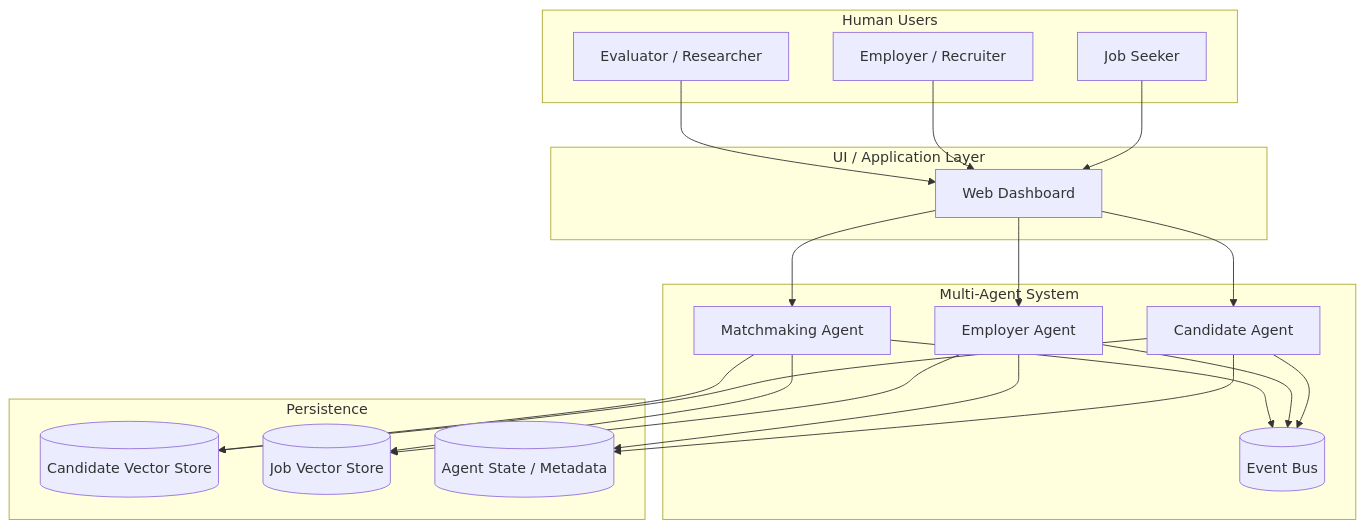
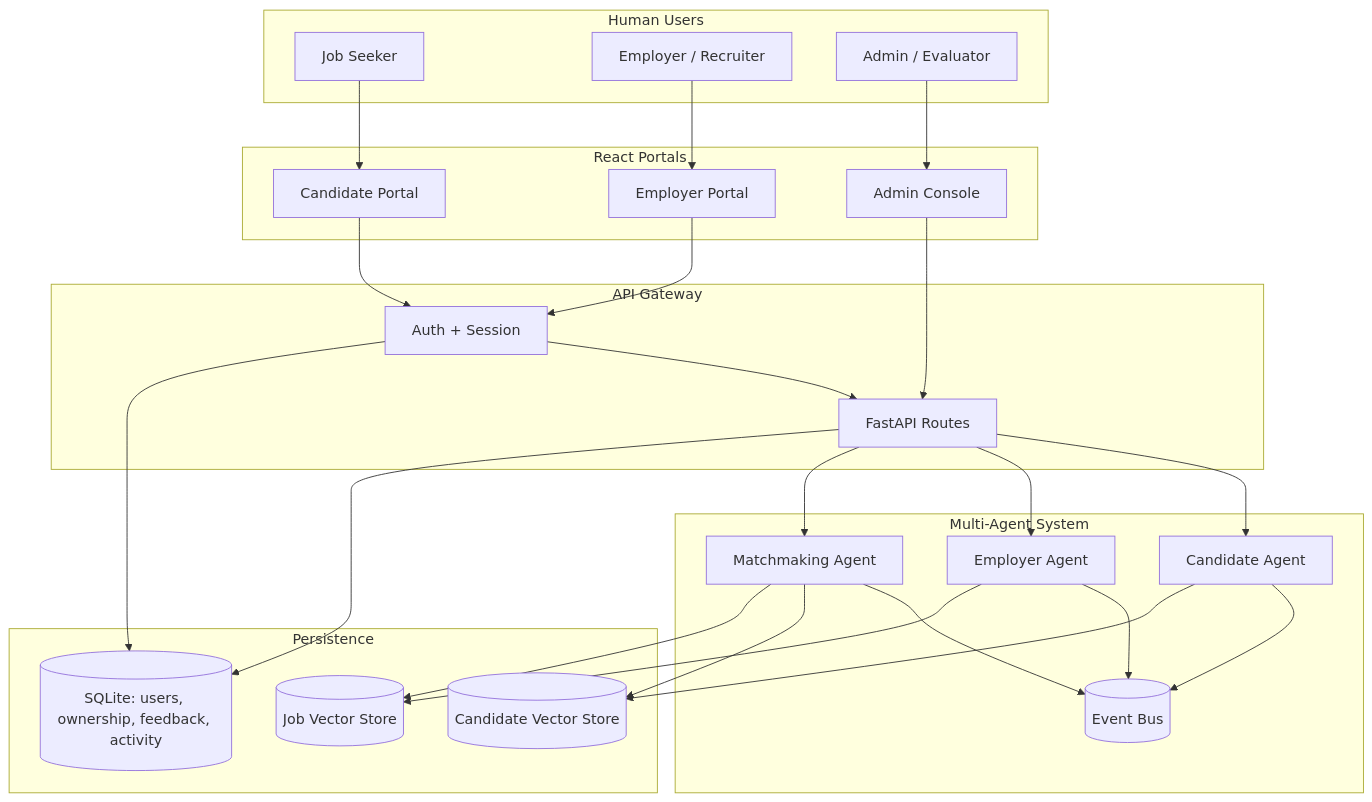
One commit to Harsh23Kashyap/Job-Matching-Agentic changed the first of 2 diagrams in docs/design/HLD-multi-agent-system.md. Above: the diagram before and after it, drawn with Mermaid. The commit also changed other lines of this file and 1 other file, not shown here.

````diff
--- a/docs/design/HLD-multi-agent-system.md
+++ b/docs/design/HLD-multi-agent-system.md
@@ -71,41 +84,52 @@
 ```mermaid
 flowchart TB
   subgraph users [Human Users]
     JS[Job Seeker]
     ER[Employer / Recruiter]
-    EV[Evaluator / Researcher]
+    AD[Admin / Evaluator]
   end
 
-  subgraph ui [UI / Application Layer]
-    WEB[Web Dashboard]
+  subgraph ui [React Portals]
+    CP[Candidate Portal]
+    EP[Employer Portal]
+    AP[Admin Console]
+  end
+
+  subgraph gateway [API Gateway]
+    AUTH[Auth + Session]
+    REST[FastAPI Routes]
   end
 
   subgraph mas [Multi-Agent System]
     CA[Candidate Agent]
     EA[Employer Agent]
     MA[Matchmaking Agent]
     BUS[(Event Bus)]
   end
 
   subgraph storage [Persistence]
     CVS[(Candidate Vector Store)]
     JVS[(Job Vector Store)]
-    META[(Agent State / Metadata)]
+    SQL[(SQLite: users, ownership, feedback, activity)]
   end
 
-  JS --> WEB
-  ER --> WEB
-  EV --> WEB
-  WEB --> CA
-  WEB --> EA
-  WEB --> MA
+  JS --> CP
+  ER --> EP
+  AD --> AP
+  CP --> AUTH
+  EP --> AUTH
+  AP --> REST
+  AUTH --> REST
+  REST --> CA
+  REST --> EA
+  REST --> MA
   CA --> BUS
   EA --> BUS
   MA --> BUS
   CA --> CVS
-  CA --> META
   EA --> JVS
-  EA --> META
   MA --> CVS
   MA --> JVS
+  AUTH --> SQL
+  REST --> SQL
 ```
````
